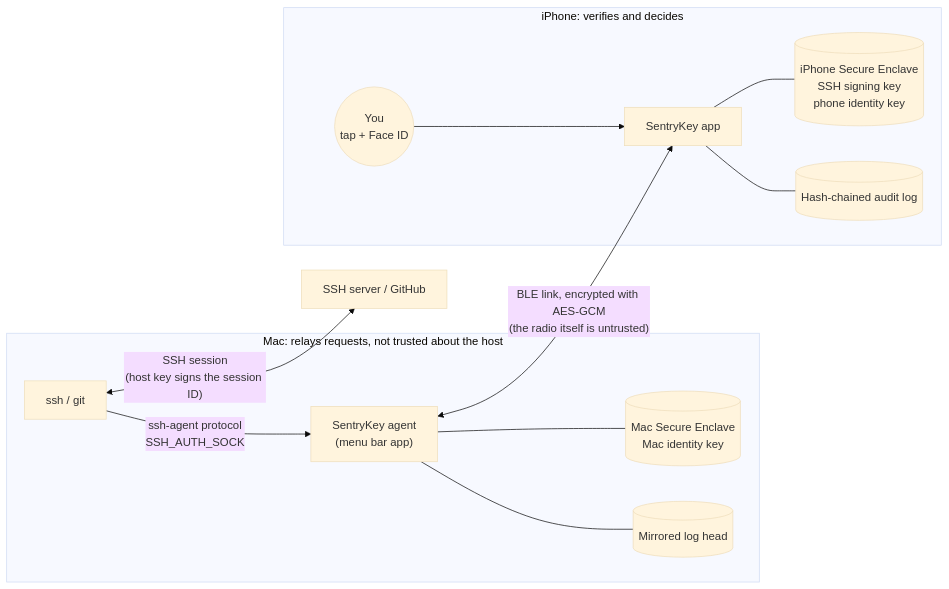
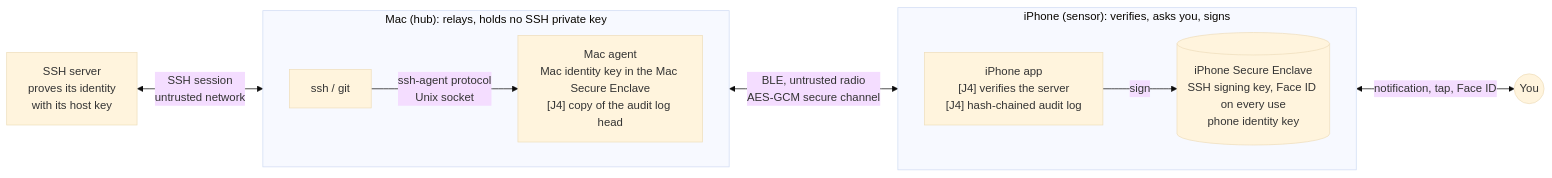
Before and after one commit to Samylay/sentry-key: the first of 4 diagrams in docs/FLOWS.md, drawn with Mermaid (base theme). The commit also changed other lines of this file and 1 other file, not shown here.

First line of the commit message:
Revise flow diagrams after adversarial review (prompt P-010)

````diff
--- a/docs/FLOWS.md
+++ b/docs/FLOWS.md
@@ -9,27 +15,24 @@
 ```mermaid
 flowchart LR
-  subgraph MAC["Mac: relays requests, not trusted about the host"]
+  SERVER["SSH server<br/>proves its identity<br/>with its host key"]
+
+  subgraph MAC["Mac (hub): relays, holds no SSH private key"]
+    direction LR
     SSH["ssh / git"]
-    AGENT["SentryKey agent<br/>(menu bar app)"]
-    MSE[("Mac Secure Enclave<br/>Mac identity key")]
-    MIRROR[("Mirrored log head")]
-    SSH -- "ssh-agent protocol<br/>SSH_AUTH_SOCK" --> AGENT
-    AGENT --- MSE
-    AGENT --- MIRROR
+    AGENT["Mac agent<br/>Mac identity key in the Mac Secure Enclave<br/>[J4] copy of the audit log head"]
   end
 
-  subgraph PHONE["iPhone: verifies and decides"]
-    APP["SentryKey app"]
-    PSE[("iPhone Secure Enclave<br/>SSH signing key<br/>phone identity key")]
-    LOG[("Hash-chained audit log")]
-    USER(("You<br/>tap + Face ID"))
-    APP --- PSE
-    APP --- LOG
-    USER --> APP
+  subgraph PHONE["iPhone (sensor): verifies, asks you, signs"]
+    direction LR
+    APP["iPhone app<br/>[J4] verifies the server<br/>[J4] hash-chained audit log"]
+    PSE[("iPhone Secure Enclave<br/>SSH signing key, Face ID on every use<br/>phone identity key")]
   end
 
-  SERVER["SSH server / GitHub"]
+  USER(("You"))
 
-  SSH <-- "SSH session<br/>(host key signs the session ID)" --> SERVER
-  AGENT <-- "BLE link, encrypted with AES-GCM<br/>(the radio itself is untrusted)" --> APP
+  SERVER <-- "SSH session<br/>untrusted network" --> SSH
+  SSH -- "ssh-agent protocol<br/>Unix socket" --> AGENT
+  AGENT <-- "BLE, untrusted radio<br/>AES-GCM secure channel" --> APP
+  APP -- "sign" --> PSE
+  APP <-- "notification, tap, Face ID" --> USER
 ```
````
